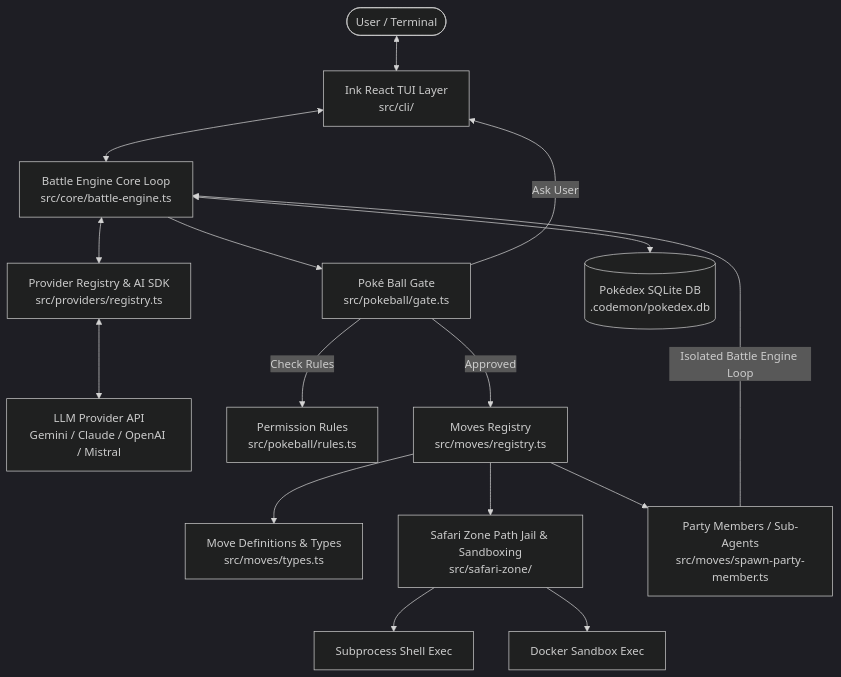
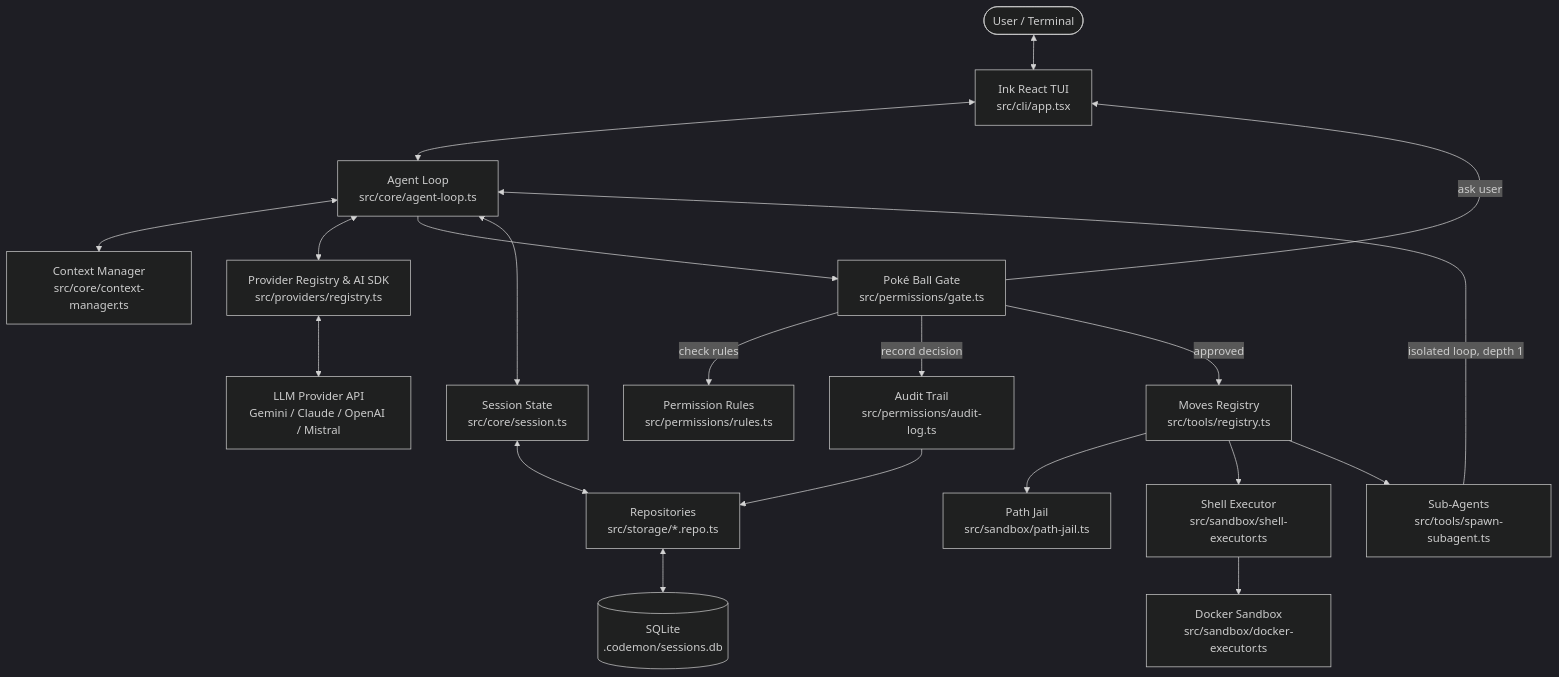
Before and after one commit to Sarcastic-Soul/codemon: the diagram in docs/architecture.md, drawn with Mermaid (dark theme). The commit also changed other lines of this file and 70 other files, not shown here.

````diff
--- a/docs/architecture.md
+++ b/docs/architecture.md
@@ -22,24 +22,27 @@
 ```mermaid
 flowchart TD
-    User([User / Terminal]) <--> TUI[Ink React TUI Layer\nsrc/cli/]
-    TUI <--> Engine[Battle Engine Core Loop\nsrc/core/battle-engine.ts]
-    
-    Engine <--> Provider[Provider Registry & AI SDK\nsrc/providers/registry.ts]
-    Provider <--> LLM[LLM Provider API\nGemini / Claude / OpenAI / Mistral]
-    
-    Engine --> Gate[Poké Ball Gate\nsrc/pokeball/gate.ts]
-    Gate -- Check Rules --> Rules[Permission Rules\nsrc/pokeball/rules.ts]
-    Gate -- Ask User --> TUI
-    
-    Gate -- Approved --> Moves[Moves Registry\nsrc/moves/registry.ts]
-    Moves --> Types[Move Definitions & Types\nsrc/moves/types.ts]
-    
-    Moves --> Jail[Safari Zone Path Jail & Sandboxing\nsrc/safari-zone/]
-    Jail --> Subprocess[Subprocess Shell Exec]
-    Jail --> Docker[Docker Sandbox Exec]
-    
-    Engine <--> Pokedex[(Pokédex SQLite DB\n.codemon/pokedex.db)]
-    
-    Moves --> Party[Party Members / Sub-Agents\nsrc/moves/spawn-party-member.ts]
-    Party -- Isolated Battle Engine Loop --> Engine
+    User(["User / Terminal"]) <--> TUI["Ink React TUI<br/>src/cli/app.tsx"]
+    TUI <--> Loop["Agent Loop<br/>src/core/agent-loop.ts"]
+
+    Loop <--> Context["Context Manager<br/>src/core/context-manager.ts"]
+    Loop <--> Provider["Provider Registry & AI SDK<br/>src/providers/registry.ts"]
+    Provider <--> LLM["LLM Provider API<br/>Gemini / Claude / OpenAI / Mistral"]
+
+    Loop --> Gate["Poké Ball Gate<br/>src/permissions/gate.ts"]
+    Gate -- "check rules" --> Rules["Permission Rules<br/>src/permissions/rules.ts"]
+    Gate -- "ask user" --> TUI
+    Gate -- "record decision" --> Audit["Audit Trail<br/>src/permissions/audit-log.ts"]
+
+    Gate -- "approved" --> Moves["Moves Registry<br/>src/tools/registry.ts"]
+    Moves --> Jail["Path Jail<br/>src/sandbox/path-jail.ts"]
+    Moves --> Shell["Shell Executor<br/>src/sandbox/shell-executor.ts"]
+    Shell --> Docker["Docker Sandbox<br/>src/sandbox/docker-executor.ts"]
+
+    Loop <--> Session["Session State<br/>src/core/session.ts"]
+    Session <--> Store["Repositories<br/>src/storage/*.repo.ts"]
+    Audit --> Store
+    Store <--> DB[("SQLite<br/>.codemon/sessions.db")]
+
+    Moves --> Party["Sub-Agents<br/>src/tools/spawn-subagent.ts"]
+    Party -- "isolated loop, depth 1" --> Loop
 ```
````
